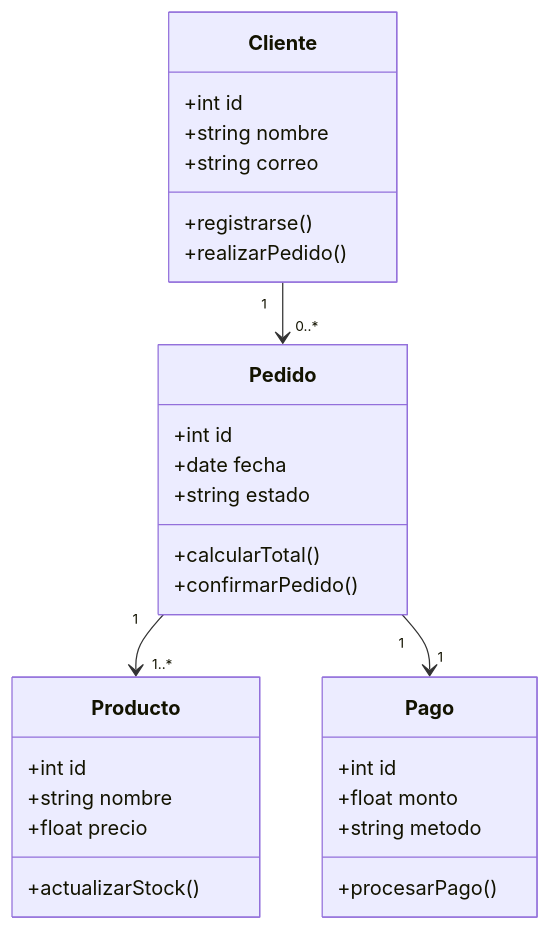
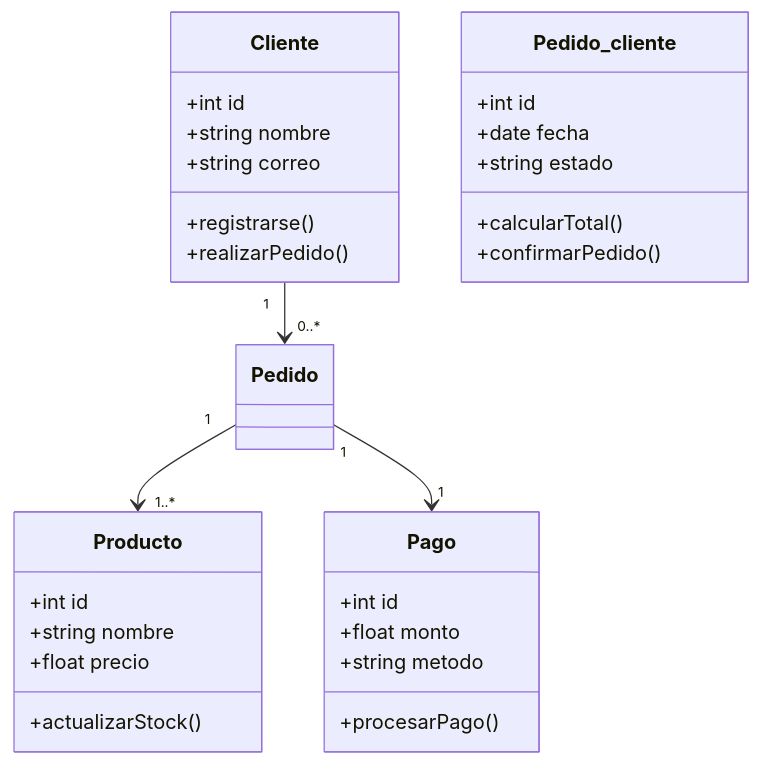
One commit to CrlsDuty/mermaid-demostracion changed the diagram in README.md. Above: the diagram before and after it, drawn with Mermaid.

Commit message:
modificacion diagrama de clase cliente

````diff
--- a/README.md
+++ b/README.md
@@ -3,36 +3,36 @@
 ```mermaid
 classDiagram
     class Cliente {
         +int id
         +string nombre
         +string correo
         +registrarse()
         +realizarPedido()
     }
 
-    class Pedido {
+    class Pedido_cliente {
         +int id
         +date fecha
         +string estado
         +calcularTotal()
         +confirmarPedido()
     }
 
     class Producto {
         +int id
         +string nombre
         +float precio
         +actualizarStock()
     }
 
     class Pago {
         +int id
         +float monto
         +string metodo
         +procesarPago()
     }
 
     Cliente "1" --> "0..*" Pedido
     Pedido "1" --> "1..*" Producto
     Pedido "1" --> "1" Pago
 ```
````
